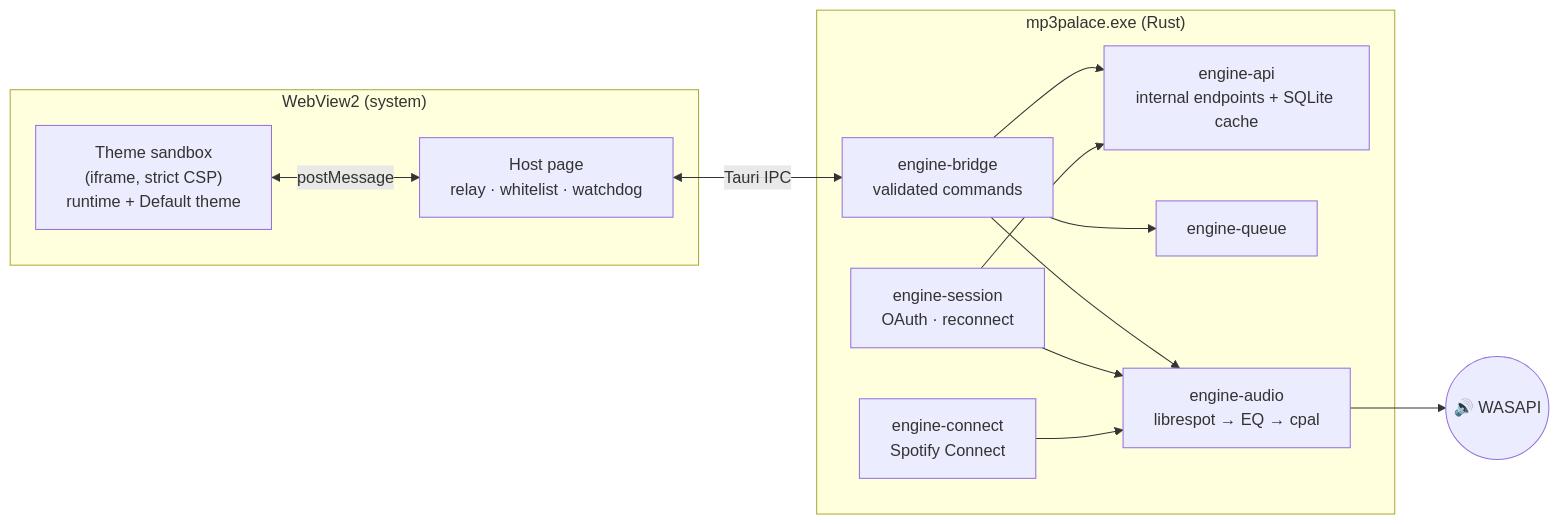
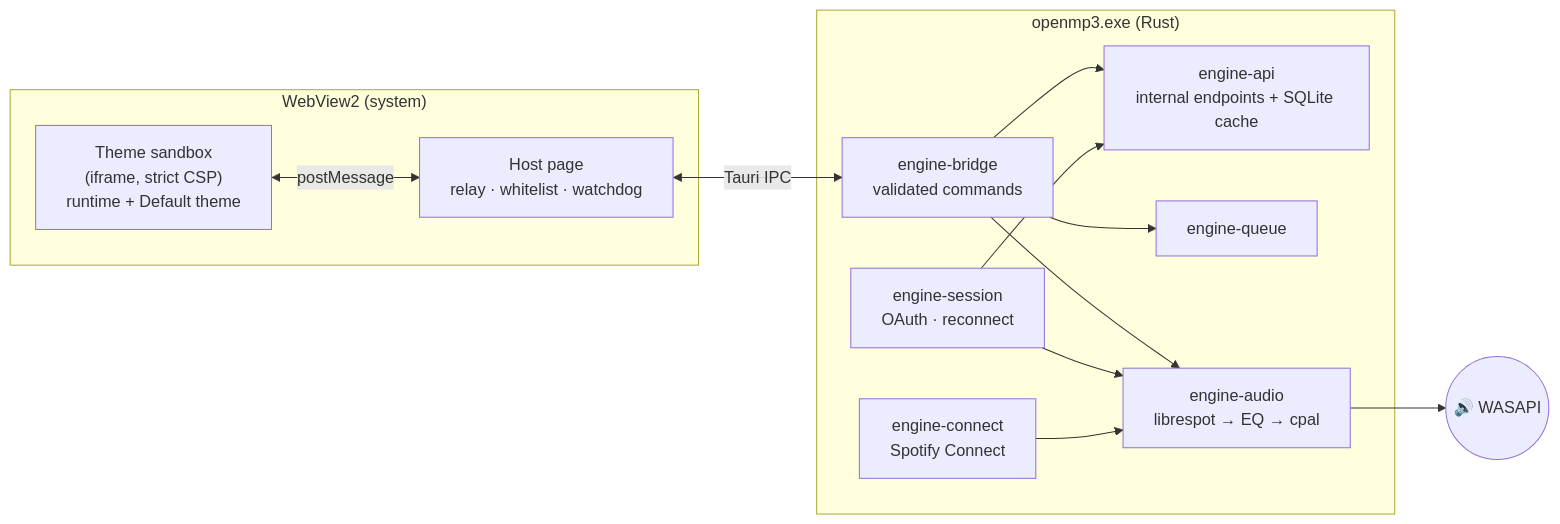
The diagram in README.md (Hero62/openmp3), drawn with Mermaid before and after one commit. The commit also changed other lines of this file and 44 other files, not shown here.

````diff
--- a/README.md
+++ b/README.md
@@ -129,21 +132,21 @@
 ```mermaid
 flowchart LR
   subgraph UI["WebView2 (system)"]
     host["Host page<br/>relay · whitelist · watchdog"]
     theme["Theme sandbox<br/>(iframe, strict CSP)<br/>runtime + Default theme"]
     theme <-- postMessage --> host
   end
-  subgraph Engine["mp3palace.exe (Rust)"]
+  subgraph Engine["openmp3.exe (Rust)"]
     bridge["engine-bridge<br/>validated commands"]
     api["engine-api<br/>internal endpoints + SQLite cache"]
     queue["engine-queue"]
     audio["engine-audio<br/>librespot → EQ → cpal"]
     session["engine-session<br/>OAuth · reconnect"]
     connect["engine-connect<br/>Spotify Connect"]
   end
   host <-- Tauri IPC --> bridge
   bridge --> api & queue & audio
   session --> api & audio
   connect --> audio
   audio --> speakers(("🔊 WASAPI"))
 ```
````
